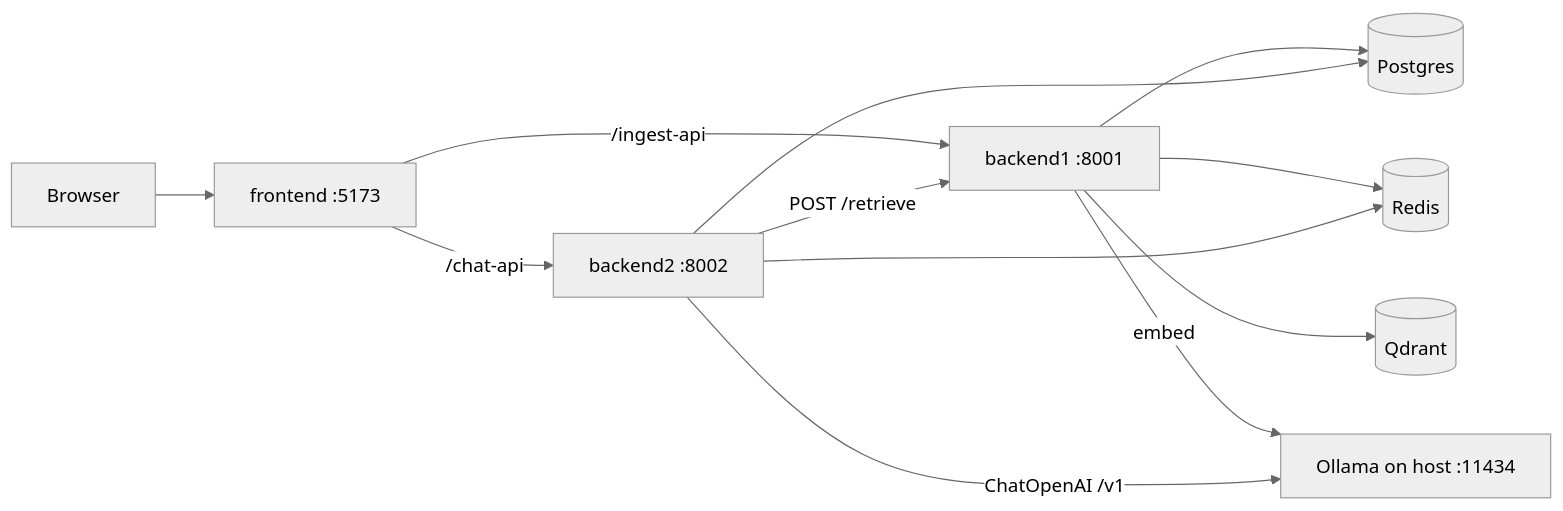
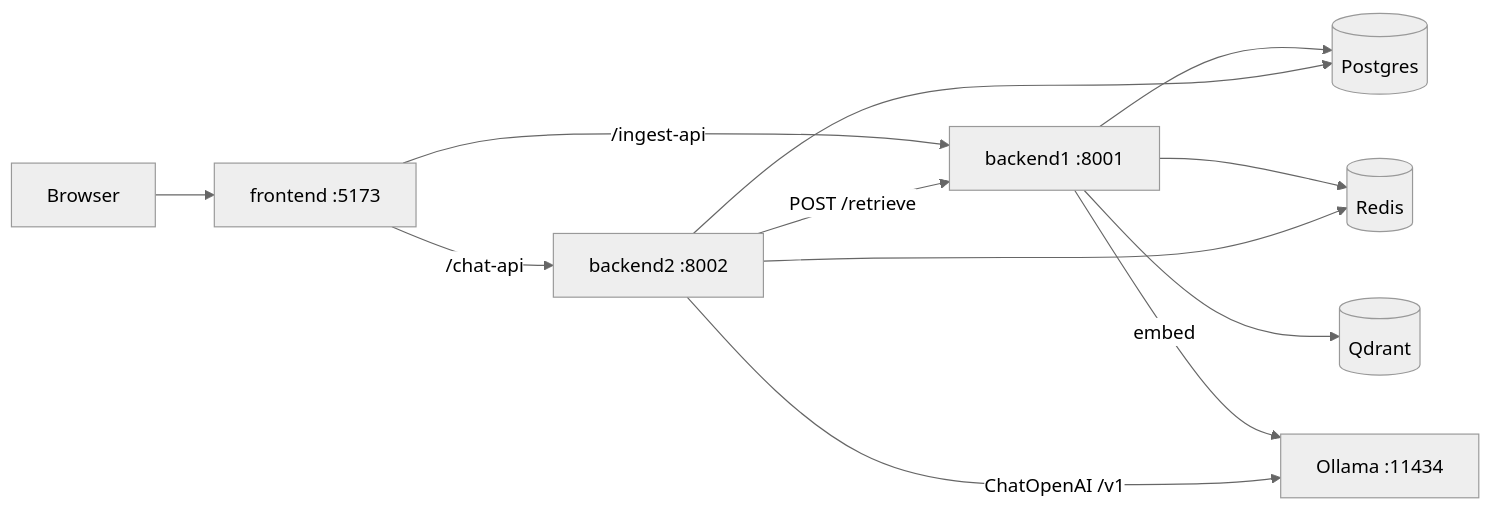
One commit to nehc255646/sdnu-enterprise-rag changed the diagram in README.en.md. Above: the diagram before and after it, drawn with Mermaid (neutral theme). The commit also changed other lines of this file and 1 other file, not shown here.

````diff
--- a/README.en.md
+++ b/README.en.md
@@ -24,23 +33,20 @@
 ```mermaid
 flowchart LR
   Browser[Browser]
   FE[frontend :5173]
   B1[backend1 :8001]
   B2[backend2 :8002]
   PG[(Postgres)]
   RD[(Redis)]
   QD[(Qdrant)]
-  OL[Ollama on host :11434]
+  OL[Ollama :11434]
 
   Browser --> FE
   FE -->|/ingest-api| B1
   FE -->|/chat-api| B2
   B2 -->|POST /retrieve| B1
-  B1 --> PG
-  B1 --> RD
-  B1 --> QD
-  B2 --> PG
-  B2 --> RD
+  B1 --> PG & RD & QD
+  B2 --> PG & RD
   B1 -->|embed| OL
   B2 -->|ChatOpenAI /v1| OL
 ```
````
